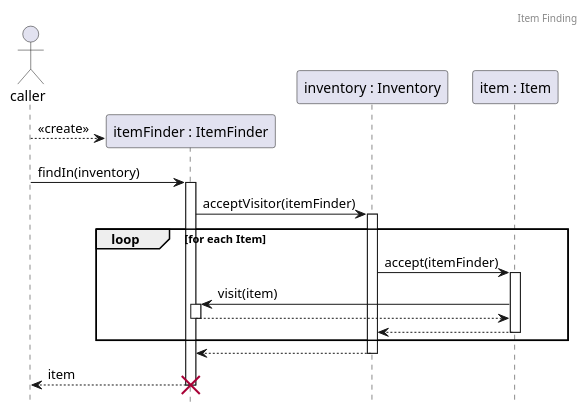
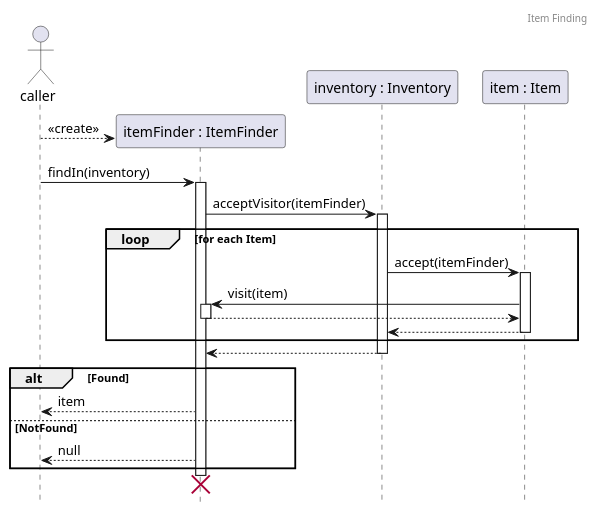
One commit to Kristof-me/Logarlec changed the diagram in docs/sequence/items/ItemFinding.puml. Above: the diagram before and after it, drawn with PlantUML. The commit also changed 48 other files, not shown here.

```diff
--- a/docs/sequence/items/ItemFinding.puml
+++ b/docs/sequence/items/ItemFinding.puml
@@ -1,37 +1,41 @@
 @startuml ItemFinding
 header Item Finding
 hide footbox
 actor caller
 create participant ItemFinder as "itemFinder : ItemFinder"
 participant Inventory as "inventory : Inventory"
 participant Item as "item : Item"
 
 caller --> ItemFinder  :  <<create>>
 caller -> ItemFinder : findIn(inventory)
 activate ItemFinder
 
 ItemFinder -> Inventory : acceptVisitor(itemFinder)
 activate Inventory
 
 loop for each Item
 Inventory -> Item : accept(itemFinder)
 activate Item
 
 Item -> ItemFinder : visit(item)
 activate ItemFinder
 
 ' returns -------------------------------------
 ItemFinder --> Item
 deactivate ItemFinder
 
 Item --> Inventory
 deactivate Item
 end
 
 Inventory --> ItemFinder
 deactivate Inventory
 
-ItemFinder --> caller : item
+alt Found
+    ItemFinder --> caller : item
+else NotFound
+    ItemFinder --> caller : null
+end
 destroy ItemFinder
 
 @enduml
```
